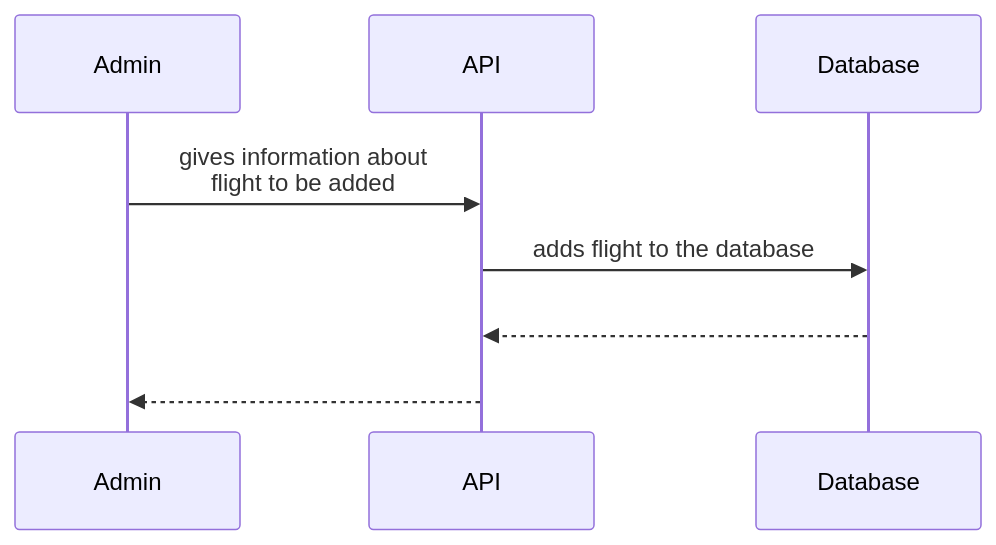
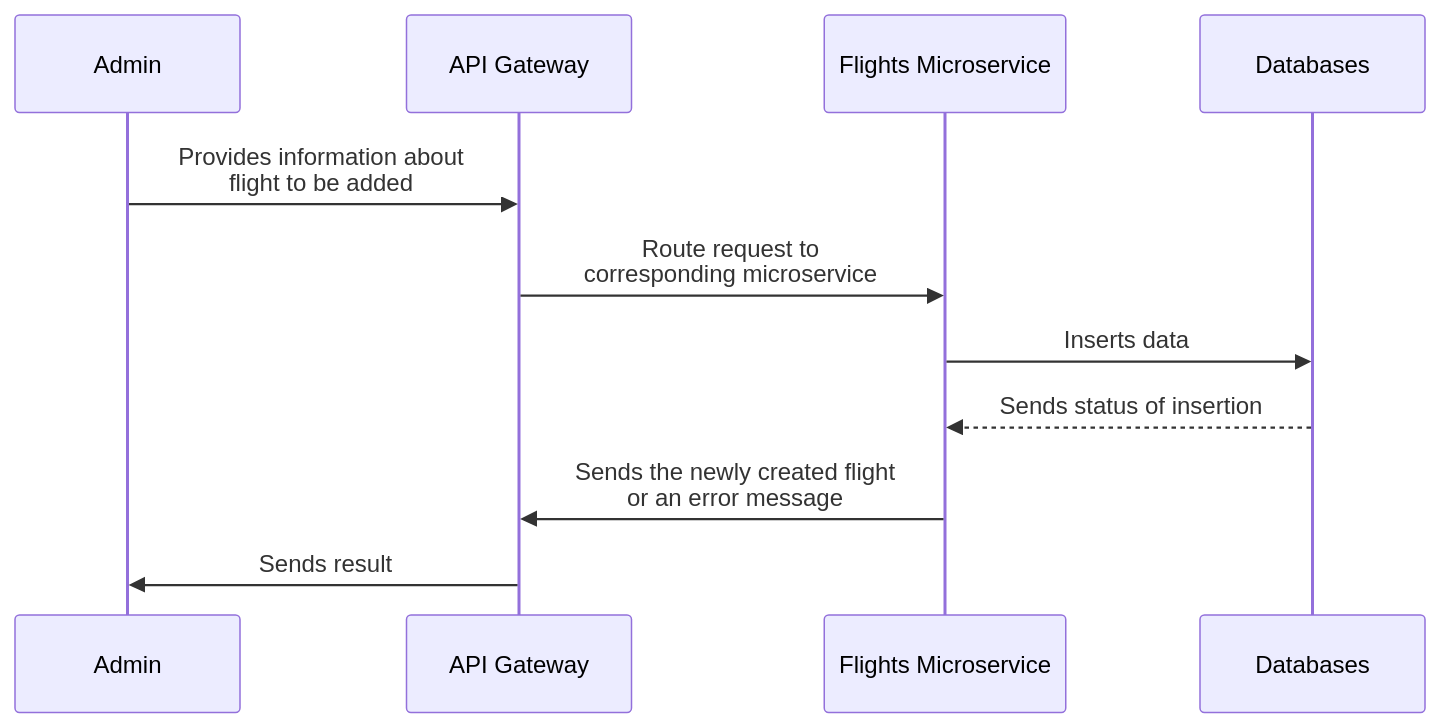
The fifth of 7 diagrams in proj-information.md (selous1/FlightsData), drawn with Mermaid before and after one commit. The commit also changed other lines of this file, not shown here.

Commit message:
Update use cases - Add microservices to use case diagrams - Update certain endpoints - Remove redundancy

````diff
--- a/proj-information.md
+++ b/proj-information.md
@@ -282,10 +110,12 @@
 ```mermaid
 
 sequenceDiagram
 
-  Admin->>API: gives information about <br> flight to be added
-	API->>Database: adds flight to the database
-	Database-->>API: ㅤ 
-  API-->>Admin: ㅤ
+  Admin->>API Gateway: Provides information about <br> flight to be added
+	API Gateway->>Flights Microservice: Route request to <br> corresponding microservice
+  Flights Microservice->>Databases: Inserts data
+	Databases-->>Flights Microservice: Sends status of insertion
+  Flights Microservice->>API Gateway: Sends the newly created flight <br> or an error message
+  API Gateway->>Admin: Sends result
 
 ```
````
